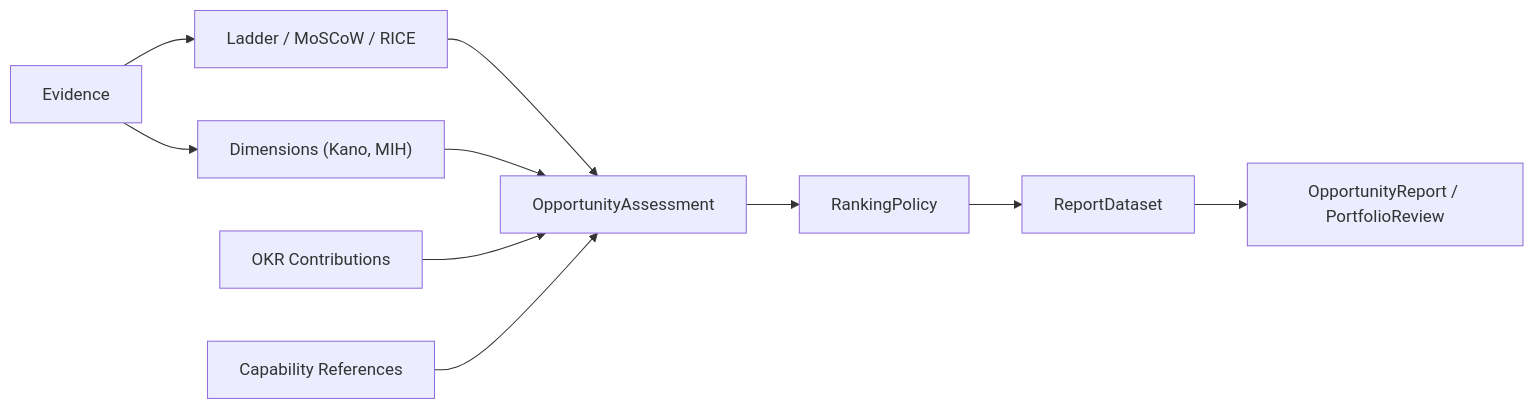
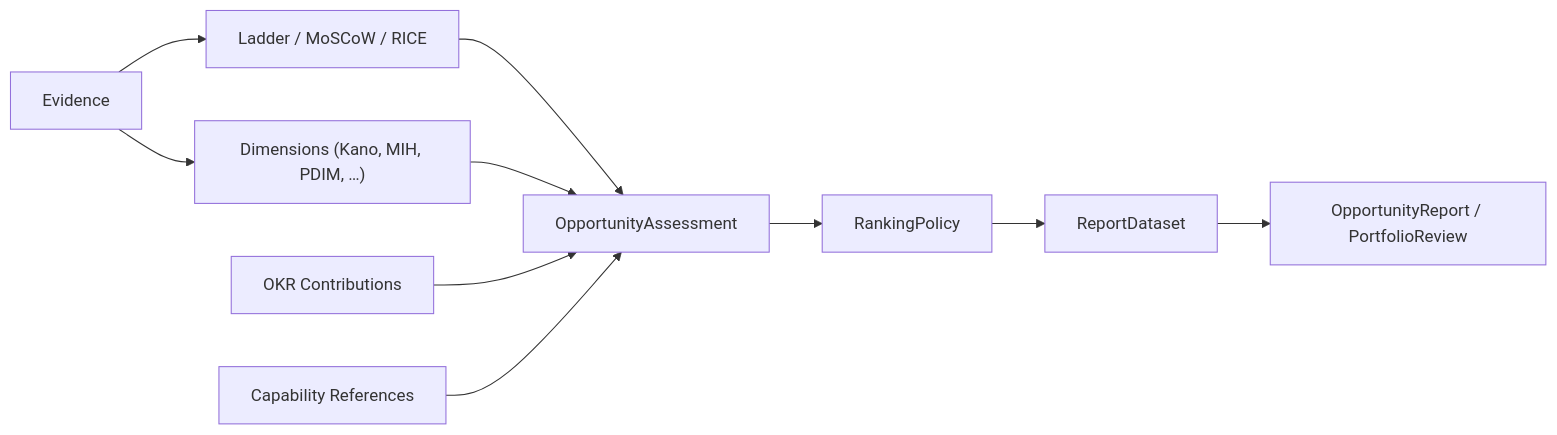
Before and after one commit to grokify/prism-roadmap: the diagram in docs/assessment/overview.md, drawn with Mermaid. The commit also changed other lines of this file and 1 other file, not shown here.

First line of the commit message:
docs(assessment): document the six built-in portfolio dimensions in the user guide

````diff
--- a/docs/assessment/overview.md
+++ b/docs/assessment/overview.md
@@ -14,12 +14,12 @@
 ```mermaid
 graph LR
     EV[Evidence] --> LA[Ladder / MoSCoW / RICE]
-    EV --> DIM["Dimensions (Kano, MIH)"]
+    EV --> DIM["Dimensions (Kano, MIH, PDIM, …)"]
     LA --> OA[OpportunityAssessment]
     DIM --> OA
     OKR[OKR Contributions] --> OA
     CAP[Capability References] --> OA
     OA --> RANK[RankingPolicy]
     RANK --> RD[ReportDataset]
     RD --> RPT["OpportunityReport / PortfolioReview"]
 ```
````
